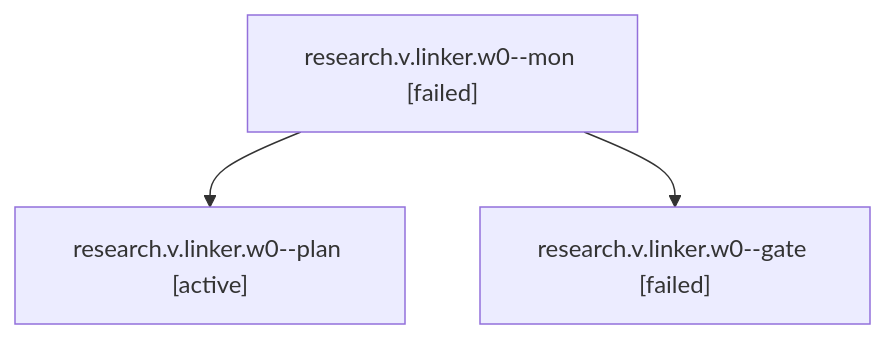
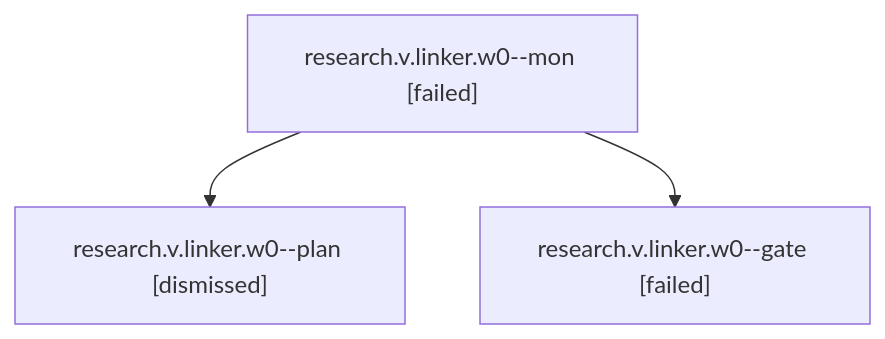
Before and after one commit to bobs-org/bob-cli--agents: the diagram in sessions/bbugyi200.apollo.research.v.linker.w0.md, drawn with Mermaid. The commit also changed other lines of this file and 986 other files, not shown here.

````diff
--- a/sessions/bbugyi200.apollo.research.v.linker.w0.md
+++ b/sessions/bbugyi200.apollo.research.v.linker.w0.md
@@ -9,8 +9,8 @@
 ```mermaid
 flowchart TD
   n0["research.v.linker.w0--mon [failed]"]
-  n1["research.v.linker.w0--plan [active]"]
+  n1["research.v.linker.w0--plan [dismissed]"]
   n0 --> n1
   n2["research.v.linker.w0--gate [failed]"]
   n0 --> n2
 ```
````
